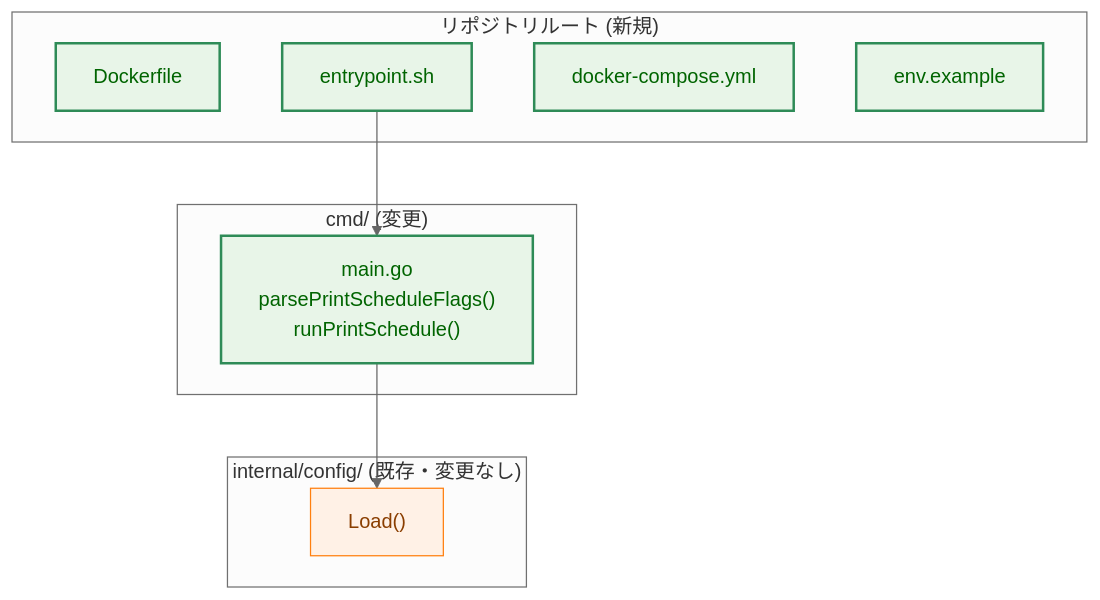
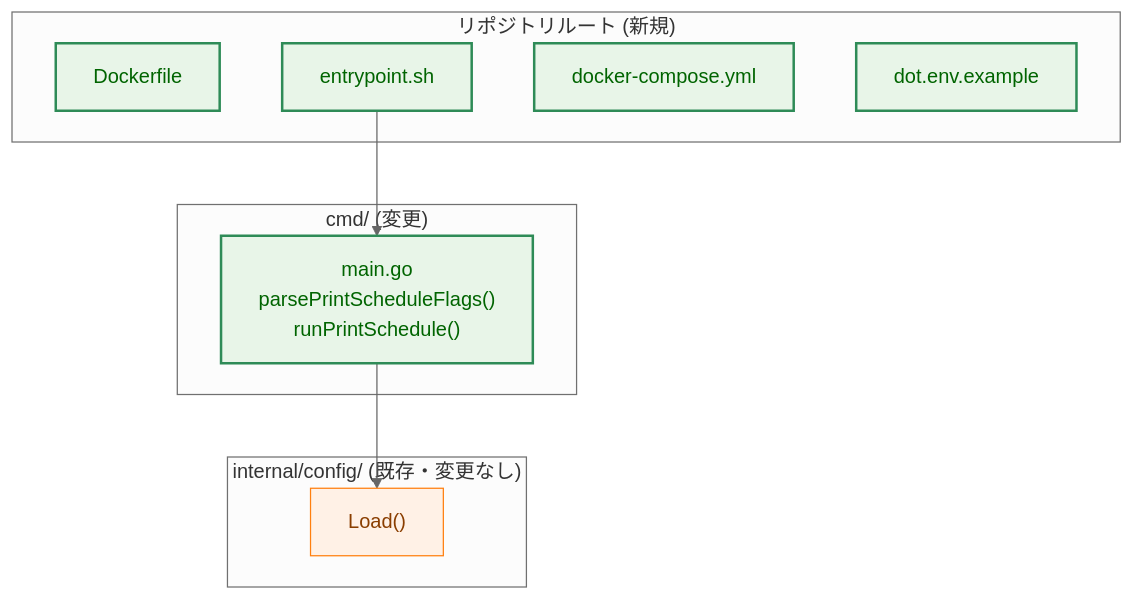
Before and after one commit to isseis/bsky-cleaner: the second of 6 diagrams in docs/tasks/0007_docker_distribution/02_architecture.md, drawn with Mermaid (neutral theme). The commit also changed other lines of this file and 1 other file, not shown here.

Commit message:
docs(0007): Use dot.env.examples for .env example file

````diff
--- a/docs/tasks/0007_docker_distribution/02_architecture.md
+++ b/docs/tasks/0007_docker_distribution/02_architecture.md
@@ -80,26 +80,26 @@
 ```mermaid
 flowchart TD
     classDef process fill:#fff1e6,stroke:#ff7f0e,stroke-width:1px,color:#8a3e00;
     classDef enhanced fill:#e8f5e8,stroke:#2e8b57,stroke-width:2px,color:#006400;
 
     subgraph cmd ["cmd/ (変更)"]
         MAIN["main.go<br>parsePrintScheduleFlags()<br>runPrintSchedule()"]
     end
 
     subgraph pkg_config ["internal/config/ (既存・変更なし)"]
         CONFIG["Load()"]
     end
 
     subgraph root ["リポジトリルート (新規)"]
         DOCKERFILE["Dockerfile"]
         ENTRYPOINT["entrypoint.sh"]
         COMPOSE["docker-compose.yml"]
-        ENVEX["env.example"]
+        ENVEX["dot.env.example"]
     end
 
     MAIN --> CONFIG
     ENTRYPOINT --> MAIN
 
     class MAIN,DOCKERFILE,ENTRYPOINT,COMPOSE,ENVEX enhanced
     class CONFIG process
 ```
````
